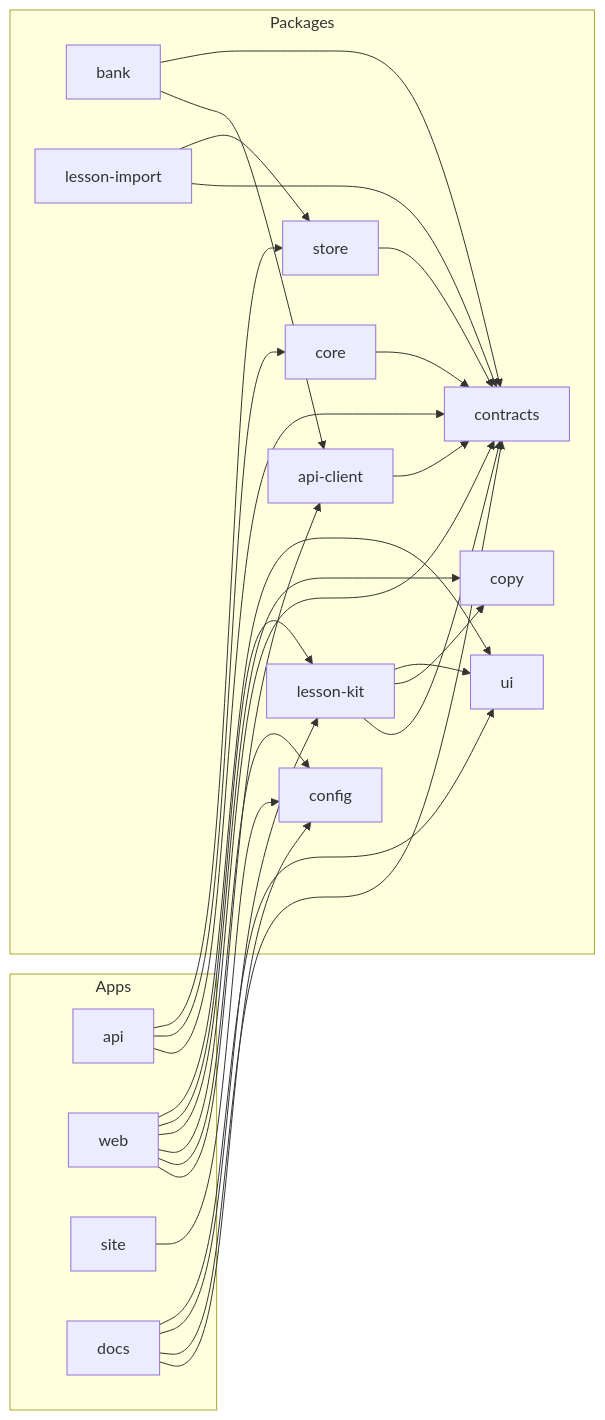
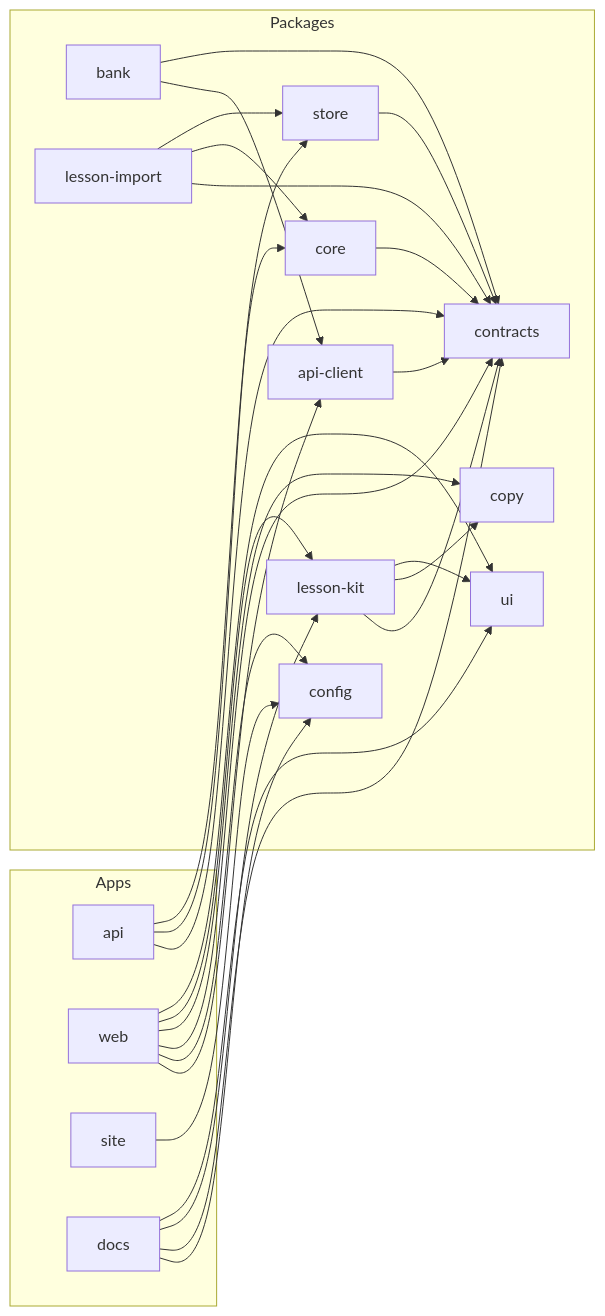
Before and after one commit to vasyl-stanislavchuk/jadwigo-hackathon: the diagram in apps/docs/src/content/docs/architecture/monorepo.md, drawn with Mermaid.

Commit message:
dl-e8ov.5.38.11: the Monorepo diagram carries lesson-import --> core

````diff
--- a/apps/docs/src/content/docs/architecture/monorepo.md
+++ b/apps/docs/src/content/docs/architecture/monorepo.md
@@ -20,45 +20,46 @@
 ```mermaid
 flowchart LR
   subgraph apps [Apps]
     api
     web
     site
     docs
   end
   subgraph packages [Packages]
     api_client["api-client"]
     bank
     config
     contracts
     copy
     core
     lesson_import["lesson-import"]
     lesson_kit["lesson-kit"]
     store
     ui
   end
   api --> contracts
   api --> core
   api --> store
   web --> api_client
   web --> config
   web --> contracts
   web --> copy
   web --> lesson_kit
   web --> ui
   site --> config
   docs --> config
   docs --> contracts
   docs --> lesson_kit
   docs --> ui
   api_client --> contracts
   bank --> api_client
   bank --> contracts
   core --> contracts
   lesson_import --> contracts
+  lesson_import --> core
   lesson_import --> store
   lesson_kit --> contracts
   lesson_kit --> copy
   lesson_kit --> ui
   store --> contracts
 ```
````
